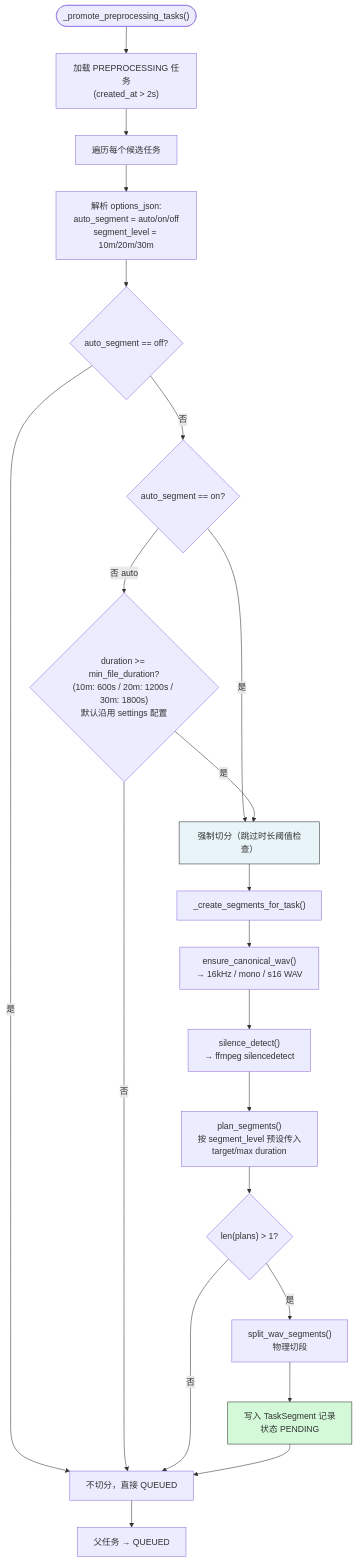
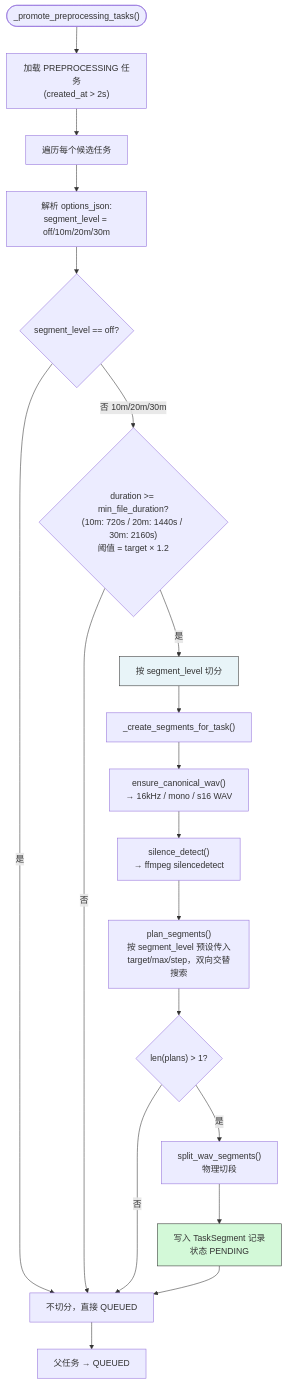
The fifth of 10 diagrams in 2-design/benchmark-and-scheduling-flow-20260415.md (wangminle/funasr-task-manager), drawn with Mermaid before and after one commit. The commit also changed 19 other files, not shown here.

````diff
--- a/2-design/benchmark-and-scheduling-flow-20260415.md
+++ b/2-design/benchmark-and-scheduling-flow-20260415.md
@@ -161,28 +161,26 @@
 ```mermaid
 flowchart TD
     PROMO(["_promote_preprocessing_tasks()"]) --> LOAD["加载 PREPROCESSING 任务<br/>(created_at > 2s)"]
     LOAD --> EACH["遍历每个候选任务"]
-    EACH --> PARSE["解析 options_json:<br/>auto_segment = auto/on/off<br/>segment_level = 10m/20m/30m"]
-    PARSE --> OFF{"auto_segment == off?"}
+    EACH --> PARSE["解析 options_json:<br/>segment_level = off/10m/20m/30m"]
+    PARSE --> OFF{"segment_level == off?"}
     OFF -->|是| NO_SEG["不切分，直接 QUEUED"]
-    OFF -->|否| ON{"auto_segment == on?"}
-    ON -->|是| DO_SEG["强制切分（跳过时长阈值检查）"]
-    ON -->|否 auto| AUTO_CHECK{"duration >= min_file_duration?<br/>(10m: 600s / 20m: 1200s / 30m: 1800s)<br/>默认沿用 settings 配置"}
+    OFF -->|否 10m/20m/30m| AUTO_CHECK{"duration >= min_file_duration?<br/>(10m: 720s / 20m: 1440s / 30m: 2160s)<br/>阈值 = target × 1.2"}
     AUTO_CHECK -->|否| NO_SEG
-    AUTO_CHECK -->|是| DO_SEG
+    AUTO_CHECK -->|是| DO_SEG["按 segment_level 切分"]
 
     DO_SEG --> CREATE["_create_segments_for_task()"]
     CREATE --> CANON["ensure_canonical_wav()<br/>→ 16kHz / mono / s16 WAV"]
     CANON --> SILENCE["silence_detect()<br/>→ ffmpeg silencedetect"]
-    SILENCE --> PLAN["plan_segments()<br/>按 segment_level 预设传入<br/>target/max duration"]
+    SILENCE --> PLAN["plan_segments()<br/>按 segment_level 预设传入<br/>target/max/step，双向交替搜索"]
     PLAN --> SPLIT{"len(plans) > 1?"}
     SPLIT -->|否| NO_SEG
     SPLIT -->|是| WAV_SPLIT["split_wav_segments()<br/>物理切段"]
     WAV_SPLIT --> WRITE_SEG["写入 TaskSegment 记录<br/>状态 PENDING"]
     WRITE_SEG --> NO_SEG
 
     NO_SEG --> QUEUED["父任务 → QUEUED"]
 
     style DO_SEG fill:#e8f4f8,stroke:#333
     style WRITE_SEG fill:#d3f9d8,stroke:#333
 ```
````
